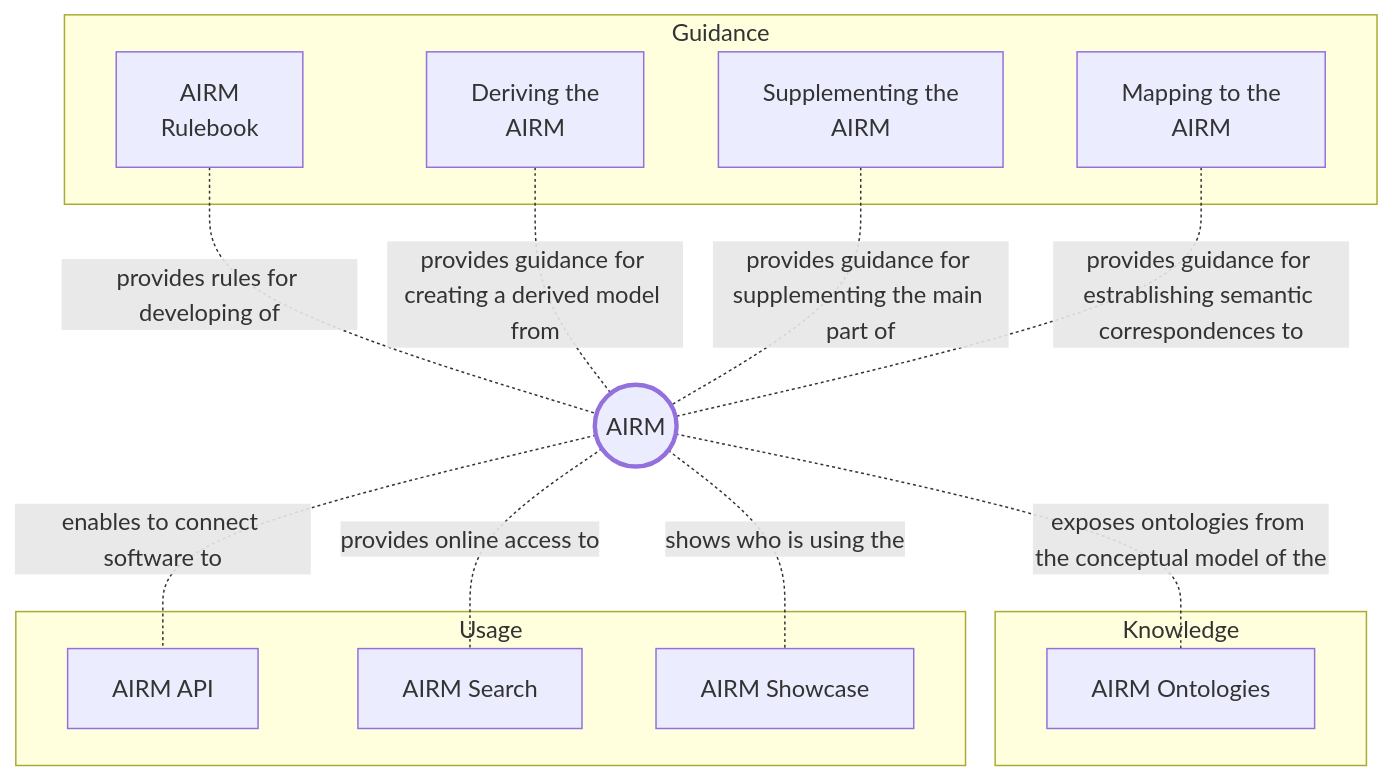
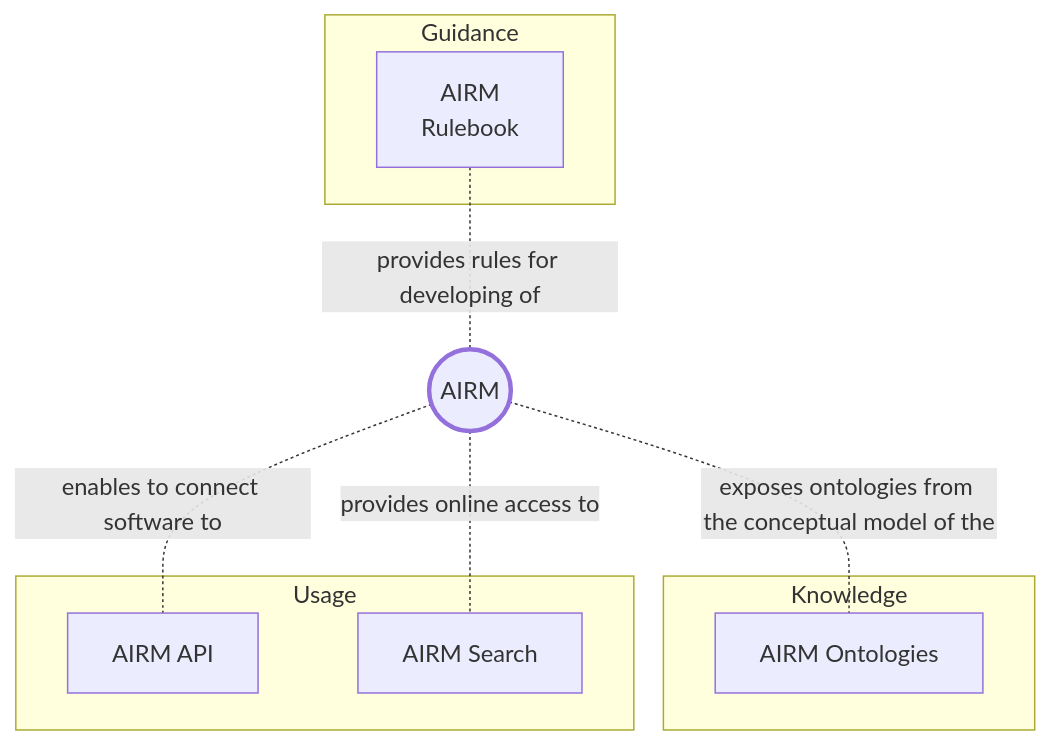
One commit to airm-ccb/airm-user-manual-1.3.0-testing changed the first of 2 diagrams in docs/home.md. Above: the diagram before and after it, drawn with Mermaid.

````diff
--- a/docs/home.md
+++ b/docs/home.md
@@ -7,53 +7,53 @@
 ```mermaid
   flowchart  TD
   
   AIRM((AIRM))
   
   subgraph Guidance
   AIRM_RULEBOOK[AIRM<br>Rulebook]
-  DERIVE_AIRM[Deriving the<br>AIRM]
-  SUPPLEMENT_AIRM[Supplementing the<br>AIRM]
-  MAP_TO_AIRM[Mapping to the<br>AIRM]
+  %% DERIVE_AIRM[Deriving the<br>AIRM]
+  %% SUPPLEMENT_AIRM[Supplementing the<br>AIRM]
+  %% MAP_TO_AIRM[Mapping to the<br>AIRM]
   end
   
   AIRM_RULEBOOK-. provides rules for developing of .- AIRM
-  DERIVE_AIRM-. provides guidance for creating a derived model from .-AIRM
-  SUPPLEMENT_AIRM-. provides guidance for supplementing the main part of .-AIRM
-  MAP_TO_AIRM-. provides guidance for estrablishing semantic correspondences to .-AIRM
+  %% DERIVE_AIRM-. provides guidance for creating a derived model from .-AIRM
+  %% SUPPLEMENT_AIRM-. provides guidance for supplementing the main part of .-AIRM
+  %% MAP_TO_AIRM-. provides guidance for estrablishing semantic correspondences to .-AIRM
   
   subgraph Knowledge
     %% direction RL
     AIRM_ONTOLOGIES[AIRM Ontologies]
     %% ONTOLOGY_AIRCRAFT[Aircraft]
     %% ONTOLOGY_INFRASTRUCTURE[Infrastructure]
     %% ONTOLOGY_ATO[Air Traffic Operations]
     %% ONTOLOGY_FLIGHT[Flight]
     %% ONTOLOGY_METEO[Meteorology]
     %% ONTOLOGY_STAKEHOLDER[Stakeholder]
     %% AIRM_ONTOLOGIES-.-ONTOLOGY_AIRCRAFT
     %% AIRM_ONTOLOGIES-.-ONTOLOGY_INFRASTRUCTURE
     %% AIRM_ONTOLOGIES-.-ONTOLOGY_FLIGHT
     %% AIRM_ONTOLOGIES-.-ONTOLOGY_METEO
     %% AIRM_ONTOLOGIES-.-ONTOLOGY_STAKEHOLDER
   end
   
   AIRM-. exposes ontologies from the conceptual model of the .-AIRM_ONTOLOGIES
   
   subgraph Usage
   AIRM_API[AIRM API]
   AIRM_SEARCH[AIRM Search]
-  AIRM_SHOWCASE[AIRM Showcase]
+  %% AIRM_SHOWCASE[AIRM Showcase]
   end
   
   AIRM -. enables to connect software to .- AIRM_API
   AIRM -. provides online access to .- AIRM_SEARCH
-  AIRM -. shows who is using the .- AIRM_SHOWCASE
+  %% AIRM -. shows who is using the .- AIRM_SHOWCASE
   
   style AIRM stroke-width:3px
 
   click AIRM_RULEBOOK href "https://airm-ccb.github.io/airm-user-manual-1.3.0-testing/#/guidance/airm_rulebook" "Browse the AIRM Rulebook"
   click AIRM_ONTOLOGIES href "https://airm-ccb.github.io/airm-user-manual-1.3.0-testing/#/knowledge/aircraft" "Discover the AIRM ontologies"
   click AIRM_SEARCH href "https://airm.aero/dictionary/1.2.0/search" "Search for ATM terms, abbreviations and concepts"
   click AIRM_API href "https://airm.aero/developers/api" "Connect your software to the AIRM"
-  click AIRM_SHOWCASE href "https://airm-ccb.github.io/airm-user-manual-1.3.0-testing/#/usage/showcase" "Discover whos is using the AIRM"
+  %% click AIRM_SHOWCASE href "https://airm-ccb.github.io/airm-user-manual-1.3.0-testing/#/usage/showcase" "Discover whos is using the AIRM"
 ```
````
